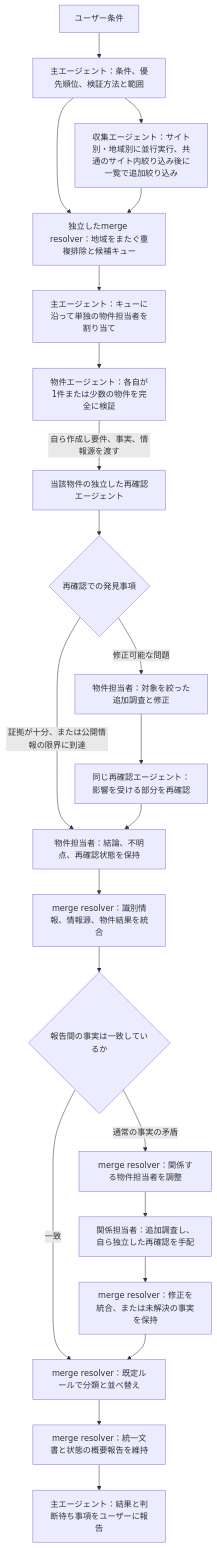
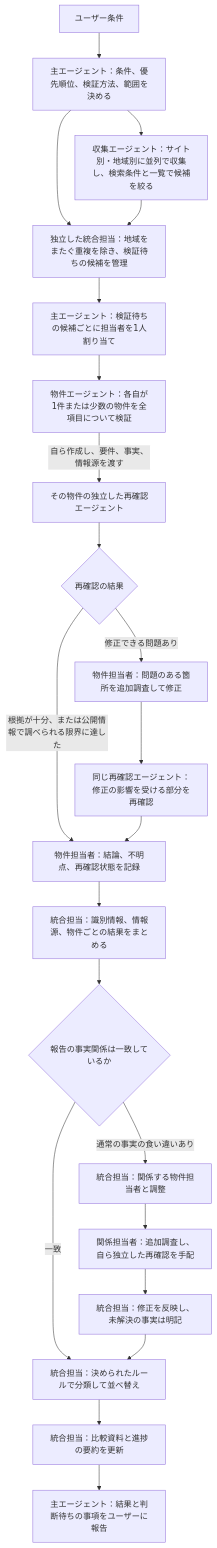
Before and after one commit to LUOXIAO92/find-rental-in-japan-skills: the first of 2 diagrams in find-japan-rentals/references/workflow.md, drawn with Mermaid. The commit also changed other lines of this file and 15 other files, not shown here.

````diff
--- a/find-japan-rentals/references/workflow.md
+++ b/find-japan-rentals/references/workflow.md
@@ -5,24 +5,24 @@
 ```mermaid
 flowchart TD
-    U[ユーザー条件] --> M[主エージェント：条件、優先順位、検証方法と範囲]
-    M --> A[収集エージェント：サイト別・地域別に並行実行、共通のサイト内絞り込み後に一覧で追加絞り込み]
-    M --> D[独立したmerge resolver：地域をまたぐ重複排除と候補キュー]
+    U[ユーザー条件] --> M[主エージェント：条件、優先順位、検証方法、範囲を決める]
+    M --> A[収集エージェント：サイト別・地域別に並列で収集し、検索条件と一覧で候補を絞る]
+    M --> D[独立した統合担当：地域をまたぐ重複を除き、検証待ちの候補を管理]
     A --> D
-    D --> S[主エージェント：キューに沿って単独の物件担当者を割り当て]
-    S --> P[物件エージェント：各自が1件または少数の物件を完全に検証]
-    P -->|自ら作成し要件、事実、情報源を渡す| V[当該物件の独立した再確認エージェント]
-    V --> J{再確認での発見事項}
-    J -->|修正可能な問題| R[物件担当者：対象を絞った追加調査と修正]
-    R --> V2[同じ再確認エージェント：影響を受ける部分を再確認]
-    J -->|証拠が十分、または公開情報の限界に到達| T[物件担当者：結論、不明点、再確認状態を保持]
+    D --> S[主エージェント：検証待ちの候補ごとに担当者を1人割り当て]
+    S --> P[物件エージェント：各自が1件または少数の物件を全項目について検証]
+    P -->|自ら作成し、要件、事実、情報源を渡す| V[その物件の独立した再確認エージェント]
+    V --> J{再確認の結果}
+    J -->|修正できる問題あり| R[物件担当者：問題のある箇所を追加調査して修正]
+    R --> V2[同じ再確認エージェント：修正の影響を受ける部分を再確認]
+    J -->|根拠が十分、または公開情報で調べられる限界に達した| T[物件担当者：結論、不明点、再確認状態を記録]
     V2 --> T
-    T --> H[merge resolver：識別情報、情報源、物件結果を統合]
-    H --> K{報告間の事実は一致しているか}
-    K -->|通常の事実の矛盾| C[merge resolver：関係する物件担当者を調整]
+    T --> H[統合担当：識別情報、情報源、物件ごとの結果をまとめる]
+    H --> K{報告の事実関係は一致しているか}
+    K -->|通常の事実の食い違いあり| C[統合担当：関係する物件担当者と調整]
     C --> P2[関係担当者：追加調査し、自ら独立した再確認を手配]
-    P2 --> H2[merge resolver：修正を統合、または未解決の事実を保持]
-    K -->|一致| F[merge resolver：既定ルールで分類と並べ替え]
+    P2 --> H2[統合担当：修正を反映し、未解決の事実は明記]
+    K -->|一致| F[統合担当：決められたルールで分類して並べ替え]
     H2 --> F
-    F --> O[merge resolver：統一文書と状態の概要報告を維持]
-    O --> L[主エージェント：結果と判断待ち事項をユーザーに報告]
+    F --> O[統合担当：比較資料と進捗の要約を更新]
+    O --> L[主エージェント：結果と判断待ちの事項をユーザーに報告]
 ```
````
